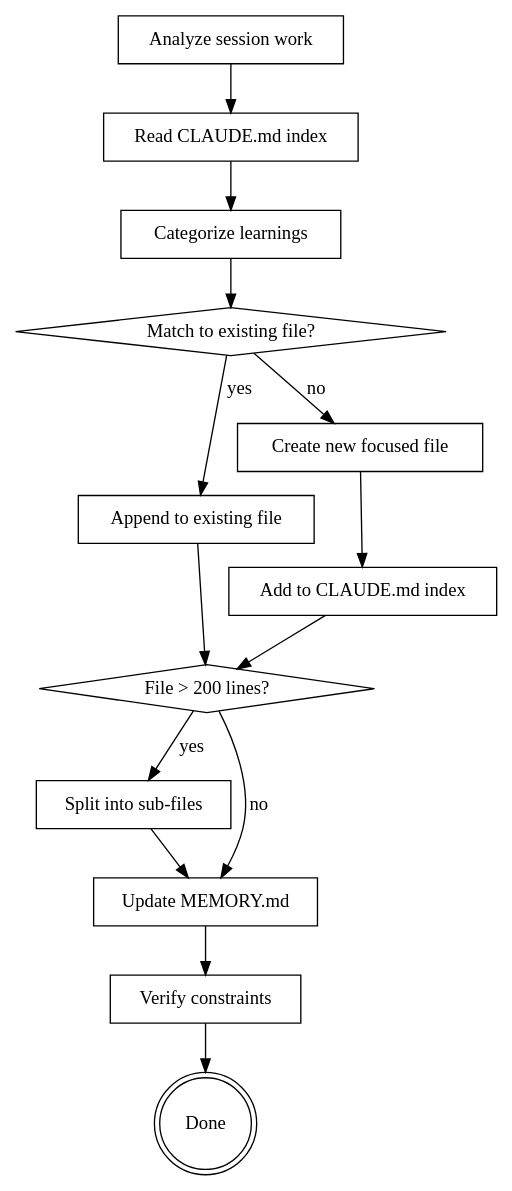
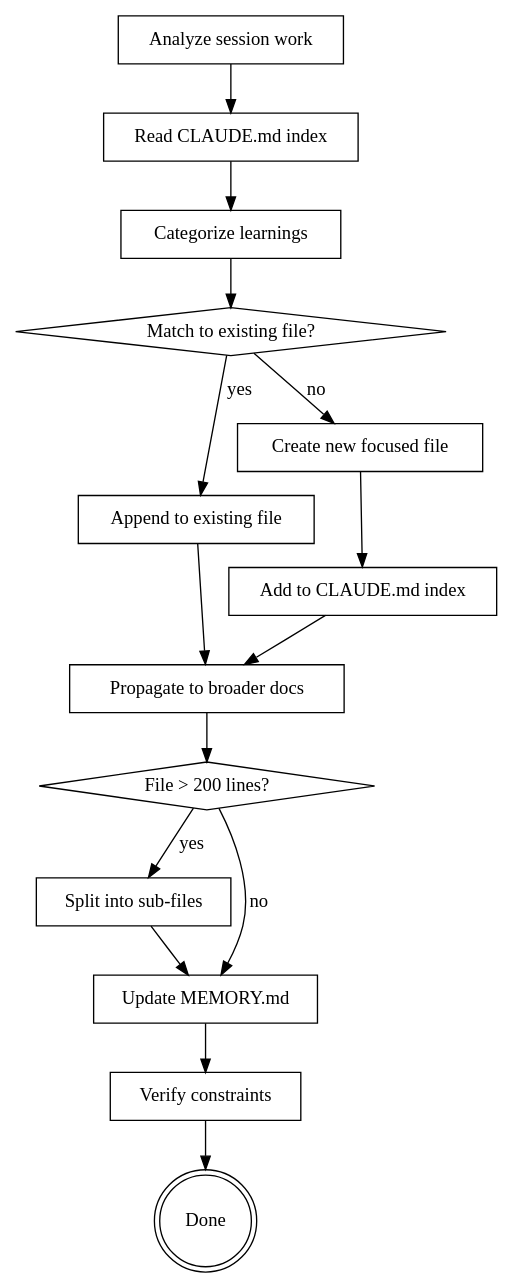
The diagram in skills/capture/SKILL.md (g-brodiei/project-memory), drawn with Graphviz before and after one commit. The commit also changed other lines of this file, not shown here.

````diff
--- a/skills/capture/SKILL.md
+++ b/skills/capture/SKILL.md
@@ -31,30 +32,32 @@
 ```dot
 digraph capture {
     "Analyze session work" [shape=box];
     "Read CLAUDE.md index" [shape=box];
     "Categorize learnings" [shape=box];
     "Match to existing file?" [shape=diamond];
     "Append to existing file" [shape=box];
+    "Propagate to broader docs" [shape=box];
     "Create new focused file" [shape=box];
     "Add to CLAUDE.md index" [shape=box];
     "File > 200 lines?" [shape=diamond];
     "Split into sub-files" [shape=box];
     "Update MEMORY.md" [shape=box];
     "Verify constraints" [shape=box];
     "Done" [shape=doublecircle];
 
     "Analyze session work" -> "Read CLAUDE.md index";
     "Read CLAUDE.md index" -> "Categorize learnings";
     "Categorize learnings" -> "Match to existing file?";
     "Match to existing file?" -> "Append to existing file" [label="yes"];
     "Match to existing file?" -> "Create new focused file" [label="no"];
     "Create new focused file" -> "Add to CLAUDE.md index";
-    "Append to existing file" -> "File > 200 lines?";
-    "Add to CLAUDE.md index" -> "File > 200 lines?";
+    "Append to existing file" -> "Propagate to broader docs";
+    "Add to CLAUDE.md index" -> "Propagate to broader docs";
+    "Propagate to broader docs" -> "File > 200 lines?";
     "File > 200 lines?" -> "Split into sub-files" [label="yes"];
     "File > 200 lines?" -> "Update MEMORY.md" [label="no"];
     "Split into sub-files" -> "Update MEMORY.md";
     "Update MEMORY.md" -> "Verify constraints";
     "Verify constraints" -> "Done";
 }
 ```
````
